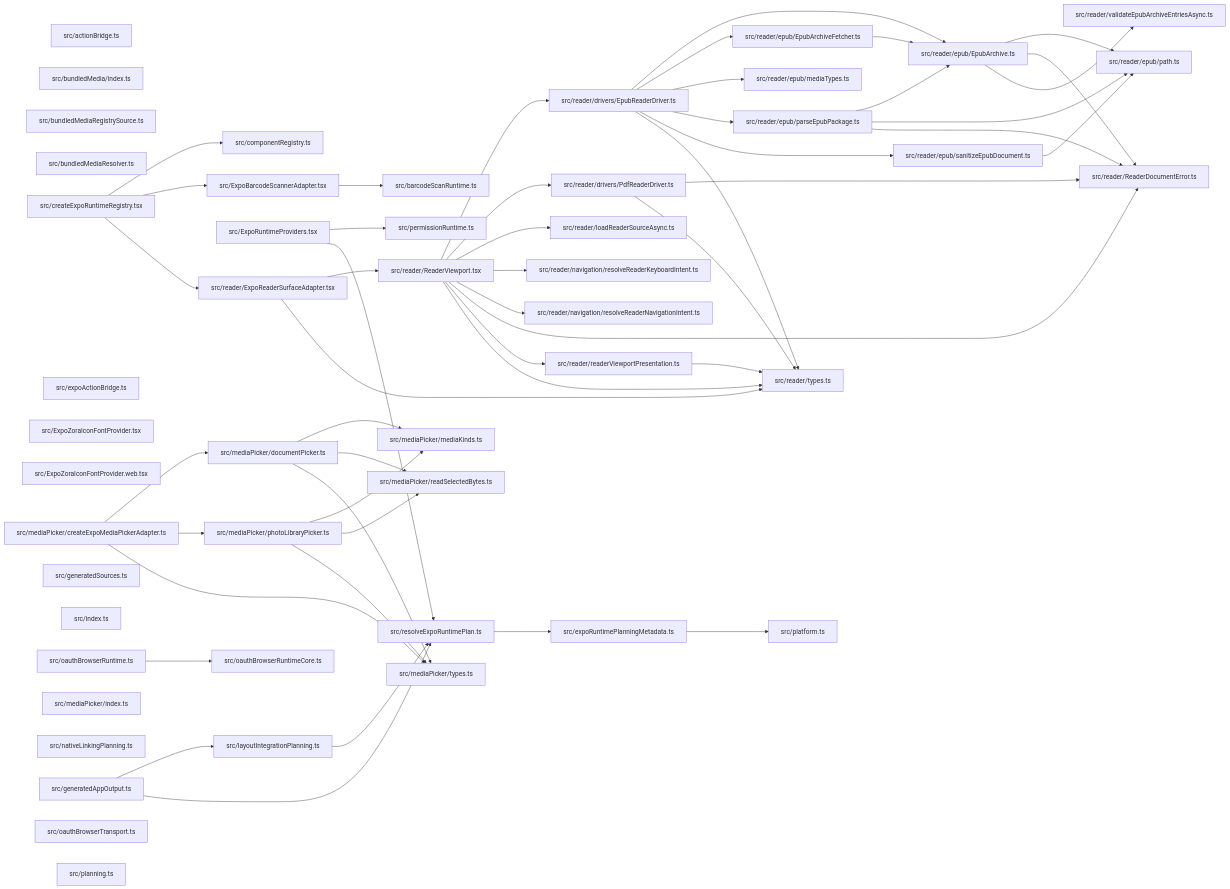
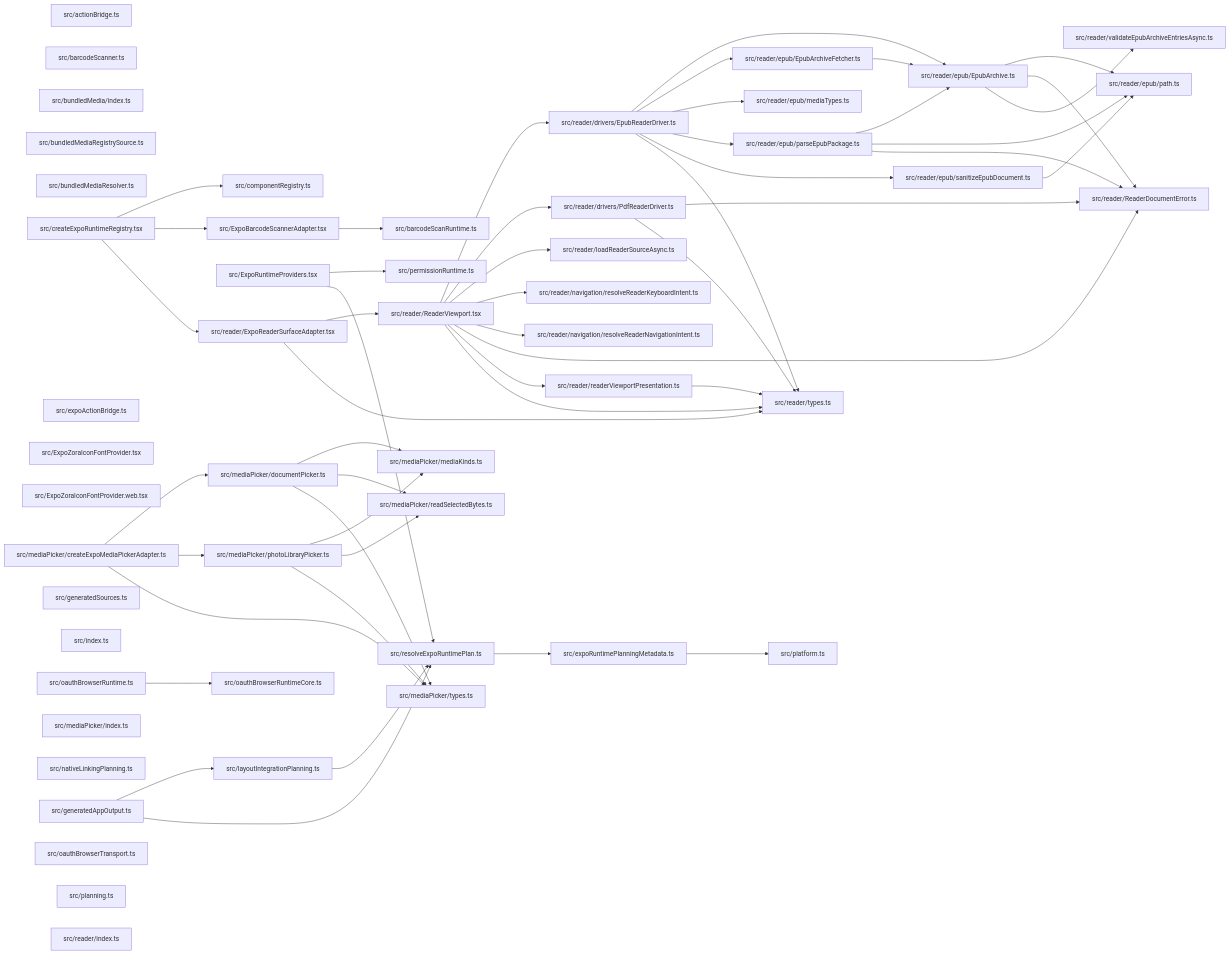
The diagram in paradox/diagrams/module-relationships.mmd (ankhorage/expo-runtime), drawn with Mermaid before and after one commit. The commit also changed 18 other files, not shown here.

```diff
--- a/paradox/diagrams/module-relationships.mmd
+++ b/paradox/diagrams/module-relationships.mmd
@@ -1,98 +1,100 @@
 graph LR
   module_src_actionBridge_ts["src/actionBridge.ts"]
+  module_src_barcodeScanner_ts["src/barcodeScanner.ts"]
   module_src_barcodeScanRuntime_ts["src/barcodeScanRuntime.ts"]
   module_src_bundledMedia_index_ts["src/bundledMedia/index.ts"]
   module_src_bundledMediaRegistrySource_ts["src/bundledMediaRegistrySource.ts"]
   module_src_bundledMediaResolver_ts["src/bundledMediaResolver.ts"]
   module_src_componentRegistry_ts["src/componentRegistry.ts"]
   module_src_createExpoRuntimeRegistry_tsx["src/createExpoRuntimeRegistry.tsx"]
   module_src_expoActionBridge_ts["src/expoActionBridge.ts"]
   module_src_ExpoBarcodeScannerAdapter_tsx["src/ExpoBarcodeScannerAdapter.tsx"]
   module_src_expoRuntimePlanningMetadata_ts["src/expoRuntimePlanningMetadata.ts"]
   module_src_ExpoRuntimeProviders_tsx["src/ExpoRuntimeProviders.tsx"]
   module_src_ExpoZoraIconFontProvider_tsx["src/ExpoZoraIconFontProvider.tsx"]
   module_src_ExpoZoraIconFontProvider_web_tsx["src/ExpoZoraIconFontProvider.web.tsx"]
   module_src_generatedAppOutput_ts["src/generatedAppOutput.ts"]
   module_src_generatedSources_ts["src/generatedSources.ts"]
   module_src_index_ts["src/index.ts"]
   module_src_layoutIntegrationPlanning_ts["src/layoutIntegrationPlanning.ts"]
   module_src_mediaPicker_createExpoMediaPickerAdapter_ts["src/mediaPicker/createExpoMediaPickerAdapter.ts"]
   module_src_mediaPicker_documentPicker_ts["src/mediaPicker/documentPicker.ts"]
   module_src_mediaPicker_index_ts["src/mediaPicker/index.ts"]
   module_src_mediaPicker_mediaKinds_ts["src/mediaPicker/mediaKinds.ts"]
   module_src_mediaPicker_photoLibraryPicker_ts["src/mediaPicker/photoLibraryPicker.ts"]
   module_src_mediaPicker_readSelectedBytes_ts["src/mediaPicker/readSelectedBytes.ts"]
   module_src_mediaPicker_types_ts["src/mediaPicker/types.ts"]
   module_src_nativeLinkingPlanning_ts["src/nativeLinkingPlanning.ts"]
   module_src_oauthBrowserRuntime_ts["src/oauthBrowserRuntime.ts"]
   module_src_oauthBrowserRuntimeCore_ts["src/oauthBrowserRuntimeCore.ts"]
   module_src_oauthBrowserTransport_ts["src/oauthBrowserTransport.ts"]
   module_src_permissionRuntime_ts["src/permissionRuntime.ts"]
   module_src_planning_ts["src/planning.ts"]
   module_src_platform_ts["src/platform.ts"]
   module_src_reader_drivers_EpubReaderDriver_ts["src/reader/drivers/EpubReaderDriver.ts"]
   module_src_reader_drivers_PdfReaderDriver_ts["src/reader/drivers/PdfReaderDriver.ts"]
   module_src_reader_epub_EpubArchive_ts["src/reader/epub/EpubArchive.ts"]
   module_src_reader_epub_EpubArchiveFetcher_ts["src/reader/epub/EpubArchiveFetcher.ts"]
   module_src_reader_epub_mediaTypes_ts["src/reader/epub/mediaTypes.ts"]
   module_src_reader_epub_parseEpubPackage_ts["src/reader/epub/parseEpubPackage.ts"]
   module_src_reader_epub_path_ts["src/reader/epub/path.ts"]
   module_src_reader_epub_sanitizeEpubDocument_ts["src/reader/epub/sanitizeEpubDocument.ts"]
   module_src_reader_ExpoReaderSurfaceAdapter_tsx["src/reader/ExpoReaderSurfaceAdapter.tsx"]
+  module_src_reader_index_ts["src/reader/index.ts"]
   module_src_reader_loadReaderSourceAsync_ts["src/reader/loadReaderSourceAsync.ts"]
   module_src_reader_navigation_resolveReaderKeyboardIntent_ts["src/reader/navigation/resolveReaderKeyboardIntent.ts"]
   module_src_reader_navigation_resolveReaderNavigationIntent_ts["src/reader/navigation/resolveReaderNavigationIntent.ts"]
   module_src_reader_ReaderDocumentError_ts["src/reader/ReaderDocumentError.ts"]
   module_src_reader_ReaderViewport_tsx["src/reader/ReaderViewport.tsx"]
   module_src_reader_readerViewportPresentation_ts["src/reader/readerViewportPresentation.ts"]
   module_src_reader_types_ts["src/reader/types.ts"]
   module_src_reader_validateEpubArchiveEntriesAsync_ts["src/reader/validateEpubArchiveEntriesAsync.ts"]
   module_src_resolveExpoRuntimePlan_ts["src/resolveExpoRuntimePlan.ts"]
   module_src_createExpoRuntimeRegistry_tsx --> module_src_componentRegistry_ts
   module_src_createExpoRuntimeRegistry_tsx --> module_src_ExpoBarcodeScannerAdapter_tsx
   module_src_createExpoRuntimeRegistry_tsx --> module_src_reader_ExpoReaderSurfaceAdapter_tsx
   module_src_ExpoBarcodeScannerAdapter_tsx --> module_src_barcodeScanRuntime_ts
   module_src_expoRuntimePlanningMetadata_ts --> module_src_platform_ts
   module_src_ExpoRuntimeProviders_tsx --> module_src_permissionRuntime_ts
   module_src_ExpoRuntimeProviders_tsx --> module_src_resolveExpoRuntimePlan_ts
   module_src_generatedAppOutput_ts --> module_src_layoutIntegrationPlanning_ts
   module_src_generatedAppOutput_ts --> module_src_resolveExpoRuntimePlan_ts
   module_src_layoutIntegrationPlanning_ts --> module_src_resolveExpoRuntimePlan_ts
   module_src_mediaPicker_createExpoMediaPickerAdapter_ts --> module_src_mediaPicker_documentPicker_ts
   module_src_mediaPicker_createExpoMediaPickerAdapter_ts --> module_src_mediaPicker_photoLibraryPicker_ts
   module_src_mediaPicker_createExpoMediaPickerAdapter_ts --> module_src_mediaPicker_types_ts
   module_src_mediaPicker_documentPicker_ts --> module_src_mediaPicker_mediaKinds_ts
   module_src_mediaPicker_documentPicker_ts --> module_src_mediaPicker_readSelectedBytes_ts
   module_src_mediaPicker_documentPicker_ts --> module_src_mediaPicker_types_ts
   module_src_mediaPicker_photoLibraryPicker_ts --> module_src_mediaPicker_mediaKinds_ts
   module_src_mediaPicker_photoLibraryPicker_ts --> module_src_mediaPicker_readSelectedBytes_ts
   module_src_mediaPicker_photoLibraryPicker_ts --> module_src_mediaPicker_types_ts
   module_src_oauthBrowserRuntime_ts --> module_src_oauthBrowserRuntimeCore_ts
   module_src_reader_drivers_EpubReaderDriver_ts --> module_src_reader_epub_EpubArchive_ts
   module_src_reader_drivers_EpubReaderDriver_ts --> module_src_reader_epub_EpubArchiveFetcher_ts
   module_src_reader_drivers_EpubReaderDriver_ts --> module_src_reader_epub_mediaTypes_ts
   module_src_reader_drivers_EpubReaderDriver_ts --> module_src_reader_epub_parseEpubPackage_ts
   module_src_reader_drivers_EpubReaderDriver_ts --> module_src_reader_epub_sanitizeEpubDocument_ts
   module_src_reader_drivers_EpubReaderDriver_ts --> module_src_reader_types_ts
   module_src_reader_drivers_PdfReaderDriver_ts --> module_src_reader_ReaderDocumentError_ts
   module_src_reader_drivers_PdfReaderDriver_ts --> module_src_reader_types_ts
   module_src_reader_epub_EpubArchive_ts --> module_src_reader_epub_path_ts
   module_src_reader_epub_EpubArchive_ts --> module_src_reader_ReaderDocumentError_ts
   module_src_reader_epub_EpubArchive_ts --> module_src_reader_validateEpubArchiveEntriesAsync_ts
   module_src_reader_epub_EpubArchiveFetcher_ts --> module_src_reader_epub_EpubArchive_ts
   module_src_reader_epub_parseEpubPackage_ts --> module_src_reader_epub_EpubArchive_ts
   module_src_reader_epub_parseEpubPackage_ts --> module_src_reader_epub_path_ts
   module_src_reader_epub_parseEpubPackage_ts --> module_src_reader_ReaderDocumentError_ts
   module_src_reader_epub_sanitizeEpubDocument_ts --> module_src_reader_epub_path_ts
   module_src_reader_ExpoReaderSurfaceAdapter_tsx --> module_src_reader_ReaderViewport_tsx
   module_src_reader_ExpoReaderSurfaceAdapter_tsx --> module_src_reader_types_ts
   module_src_reader_ReaderViewport_tsx --> module_src_reader_drivers_EpubReaderDriver_ts
   module_src_reader_ReaderViewport_tsx --> module_src_reader_drivers_PdfReaderDriver_ts
   module_src_reader_ReaderViewport_tsx --> module_src_reader_loadReaderSourceAsync_ts
   module_src_reader_ReaderViewport_tsx --> module_src_reader_navigation_resolveReaderKeyboardIntent_ts
   module_src_reader_ReaderViewport_tsx --> module_src_reader_navigation_resolveReaderNavigationIntent_ts
   module_src_reader_ReaderViewport_tsx --> module_src_reader_ReaderDocumentError_ts
   module_src_reader_ReaderViewport_tsx --> module_src_reader_readerViewportPresentation_ts
   module_src_reader_ReaderViewport_tsx --> module_src_reader_types_ts
   module_src_reader_readerViewportPresentation_ts --> module_src_reader_types_ts
   module_src_resolveExpoRuntimePlan_ts --> module_src_expoRuntimePlanningMetadata_ts
```
